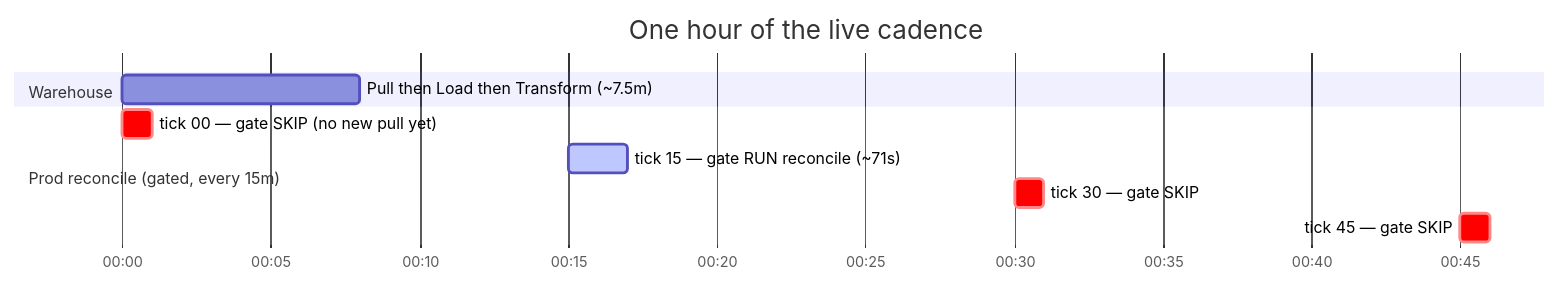
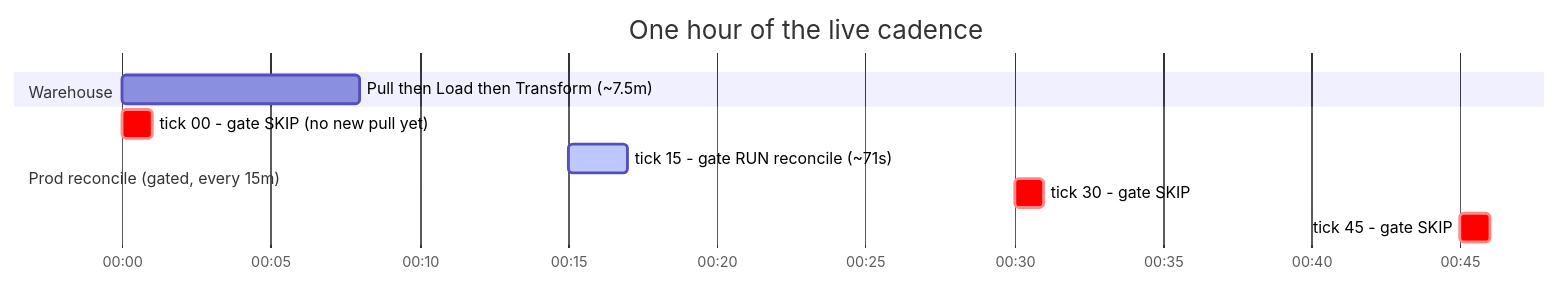
One commit to joe-gh/arb-data-warehouse changed the ninth of 9 diagrams in docs/ARB_ODBC_PIPELINE_AND_PROTECTIONS.md. Above: the diagram before and after it, drawn with Mermaid. The commit also changed other lines of this file and 176 other files, not shown here.

First line of the commit message:
Add logo-admin app, warehouse infra, and SQL schema

````diff
--- a/docs/ARB_ODBC_PIPELINE_AND_PROTECTIONS.md
+++ b/docs/ARB_ODBC_PIPELINE_AND_PROTECTIONS.md
@@ -477,13 +477,13 @@
 ```mermaid
 gantt
     dateFormat HH:mm
     axisFormat %H:%M
     title One hour of the live cadence
     section Warehouse
     Pull then Load then Transform (~7.5m)   :w1, 00:00, 8m
     section Prod reconcile (gated, every 15m)
-    tick 00 — gate SKIP (no new pull yet)   :crit,   00:00, 1m
-    tick 15 — gate RUN reconcile (~71s)     :active, 00:15, 2m
-    tick 30 — gate SKIP                     :crit,   00:30, 1m
-    tick 45 — gate SKIP                     :crit,   00:45, 1m
+    tick 00 - gate SKIP (no new pull yet)   :crit,   00:00, 1m
+    tick 15 - gate RUN reconcile (~71s)     :active, 00:15, 2m
+    tick 30 - gate SKIP                     :crit,   00:30, 1m
+    tick 45 - gate SKIP                     :crit,   00:45, 1m
 ```
````
